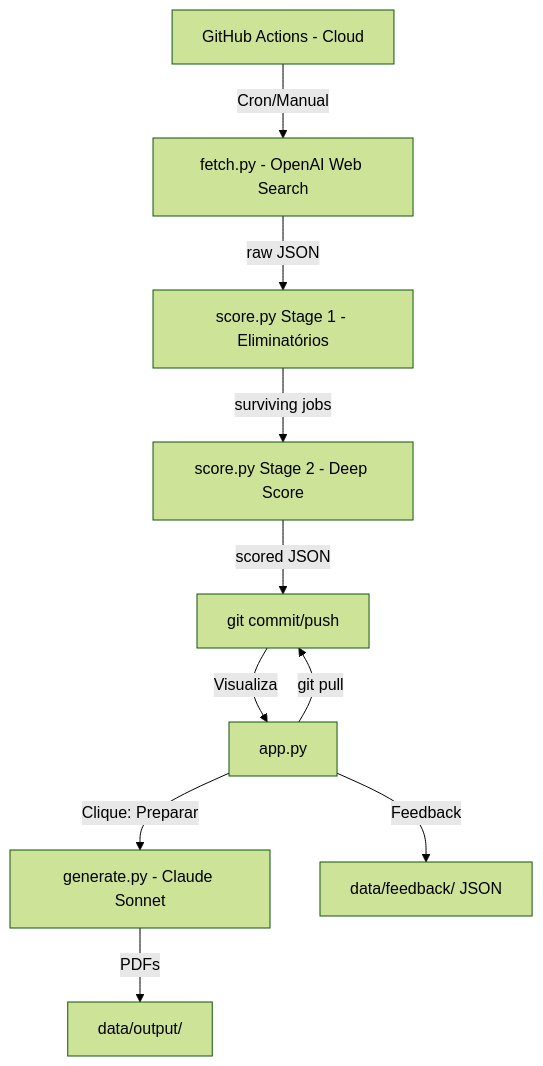
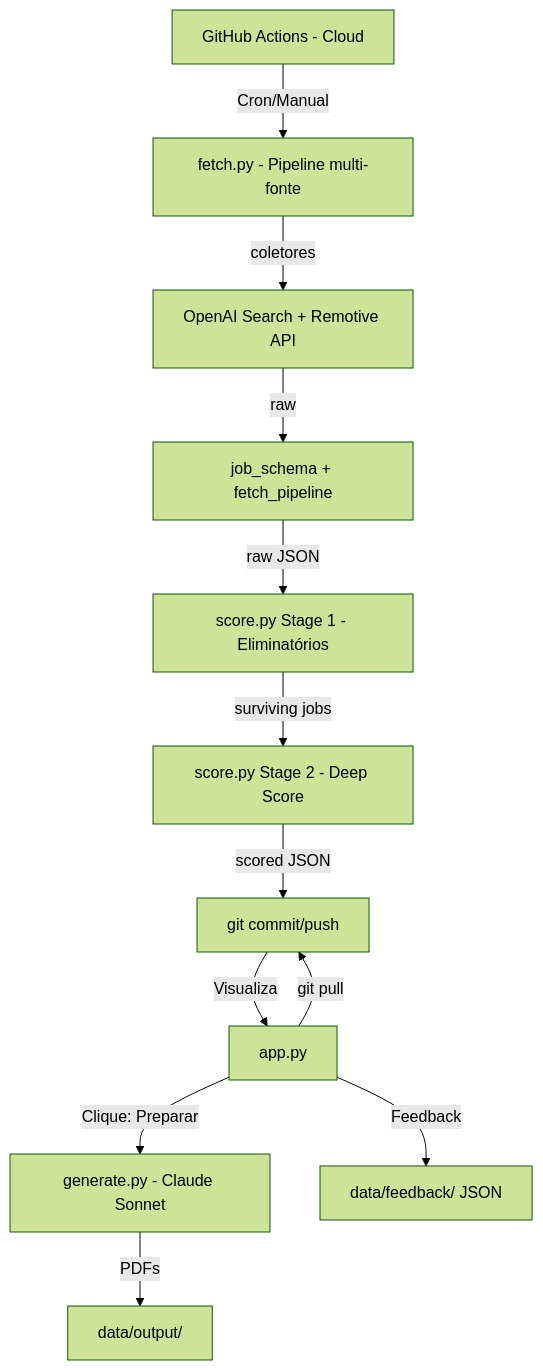
One commit to gmaiarviana/job_radar changed the diagram in ARCHITECTURE.md. Above: the diagram before and after it, drawn with Mermaid (forest theme). The commit also changed other lines of this file and 8 other files, not shown here.

Commit message:
feat: add multi-source fetch pipeline and Remotive connector

````diff
--- a/ARCHITECTURE.md
+++ b/ARCHITECTURE.md
@@ -11,13 +11,15 @@
 ```mermaid
 graph TD
-    A[GitHub Actions - Cloud] -->|Cron/Manual| B[fetch.py - OpenAI Web Search]
-    B -->|raw JSON| C[score.py Stage 1 - Eliminatórios]
+    A[GitHub Actions - Cloud] -->|Cron/Manual| B[fetch.py - Pipeline multi-fonte]
+    B -->|coletores| B1[OpenAI Search + Remotive API]
+    B1 -->|raw| B2[job_schema + fetch_pipeline]
+    B2 -->|raw JSON| C[score.py Stage 1 - Eliminatórios]
     C -->|surviving jobs| D[score.py Stage 2 - Deep Score]
     D -->|scored JSON| E[git commit/push]
     
     F[Streamlit - Local] -->|git pull| E
     E -->|Visualiza| F[app.py]
     F -->|Clique: Preparar| G[generate.py - Claude Sonnet]
     G -->|PDFs| H[data/output/]
     F -->|Feedback| I[data/feedback/ JSON]
 ```
````
